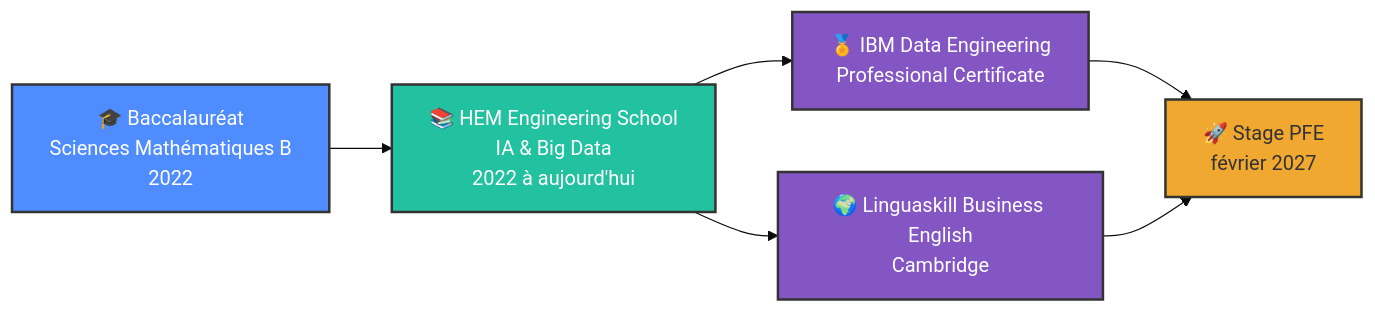
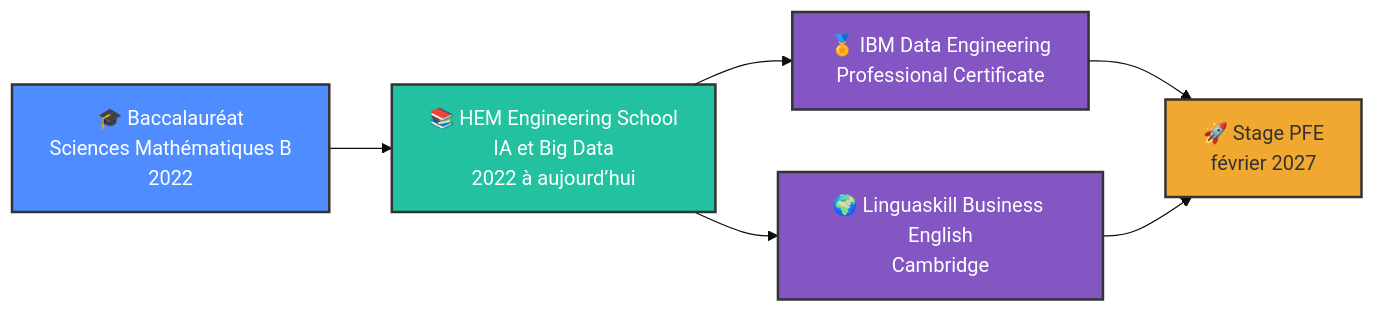
The diagram in README.md (iness-karim/iness-karim), drawn with Mermaid (base theme) before and after one commit.

Commit message:
Update README with corrected text and formatting

````diff
--- a/README.md
+++ b/README.md
@@ -188,14 +188,14 @@
 ```mermaid
 graph LR
-    A[🎓 Baccalauréat<br/>Sciences Mathématiques B<br/>2022] --> B[📚 HEM Engineering School<br/>IA & Big Data<br/>2022 à aujourd'hui]
-    B --> C[🏅 IBM Data Engineering<br/>Professional Certificate]
-    B --> D[🌍 Linguaskill Business English<br/>Cambridge]
-    C --> E[🚀 Stage PFE<br/>février 2027]
+    A["🎓 Baccalauréat<br/>Sciences Mathématiques B<br/>2022"] --> B["📚 HEM Engineering School<br/>IA et Big Data<br/>2022 à aujourd’hui"]
+    B --> C["🏅 IBM Data Engineering<br/>Professional Certificate"]
+    B --> D["🌍 Linguaskill Business English<br/>Cambridge"]
+    C --> E["🚀 Stage PFE<br/>février 2027"]
     D --> E
 
     style A fill:#4F8CFF,stroke:#333,stroke-width:2px,color:#fff
     style B fill:#22C1A0,stroke:#333,stroke-width:2px,color:#fff
     style C fill:#8456C4,stroke:#333,stroke-width:2px,color:#fff
     style D fill:#8456C4,stroke:#333,stroke-width:2px,color:#fff
     style E fill:#F0A830,stroke:#333,stroke-width:2px,color:#333
 ```
````
